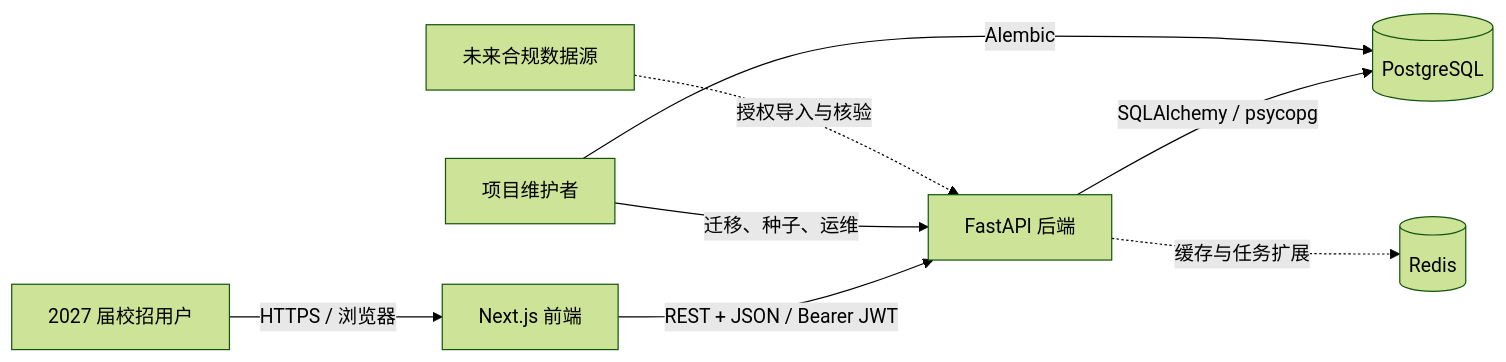
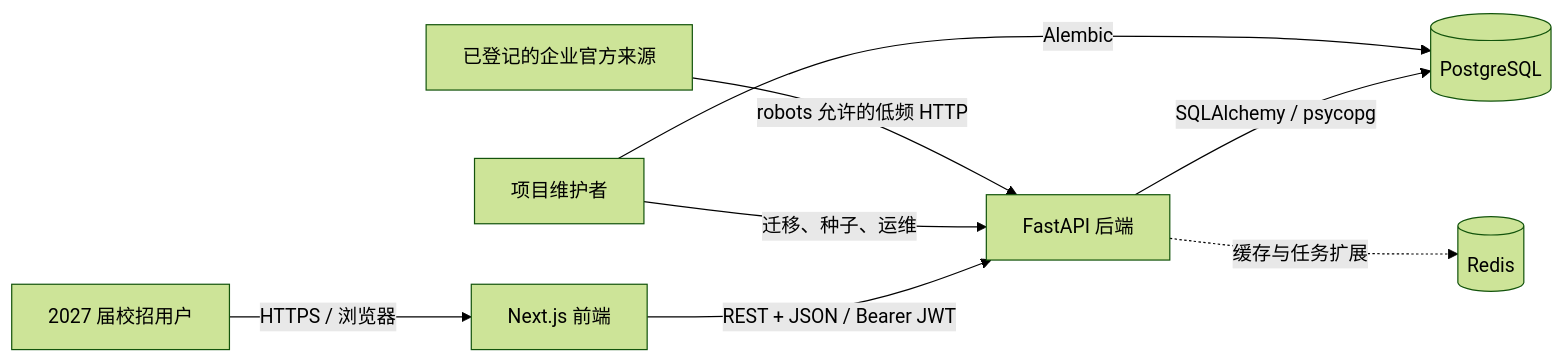
Before and after one commit to h46373824-tech/offerPilot-AI: the first of 3 diagrams in docs/ARCHITECTURE.md, drawn with Mermaid (forest theme). The commit also changed other lines of this file and 21 other files, not shown here.

````diff
--- a/docs/ARCHITECTURE.md
+++ b/docs/ARCHITECTURE.md
@@ -18,10 +18,10 @@
 ```mermaid
 flowchart LR
     U["2027 届校招用户"] -->|HTTPS / 浏览器| F["Next.js 前端"]
     F -->|REST + JSON / Bearer JWT| B["FastAPI 后端"]
     B -->|SQLAlchemy / psycopg| P[("PostgreSQL")]
     B -.->|缓存与任务扩展| R[("Redis")]
     M["项目维护者"] -->|迁移、种子、运维| B
     M -->|Alembic| P
-    X["未来合规数据源"] -.->|授权导入与核验| B
+    X["已登记的企业官方来源"] -->|robots 允许的低频 HTTP| B
 ```
````
